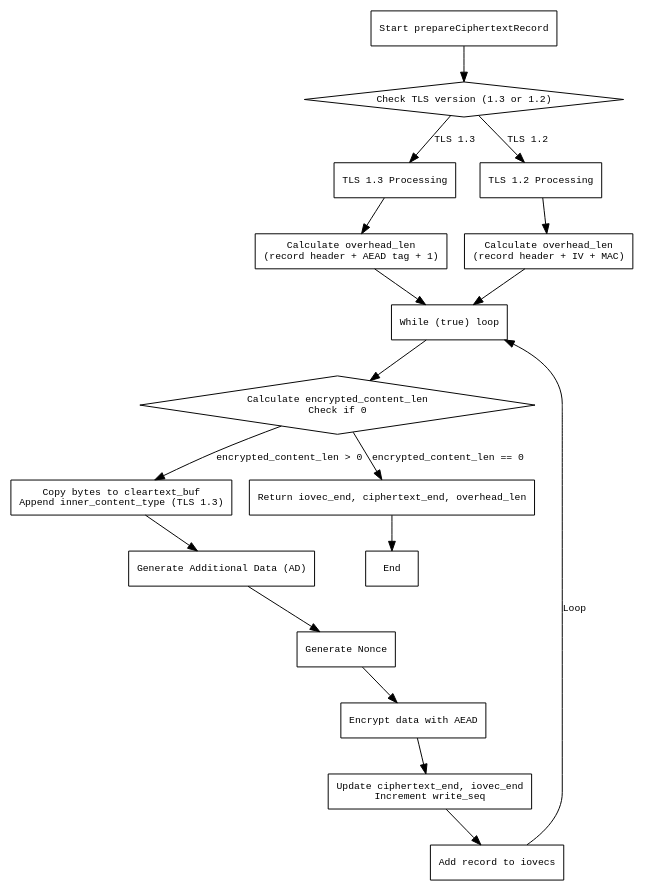
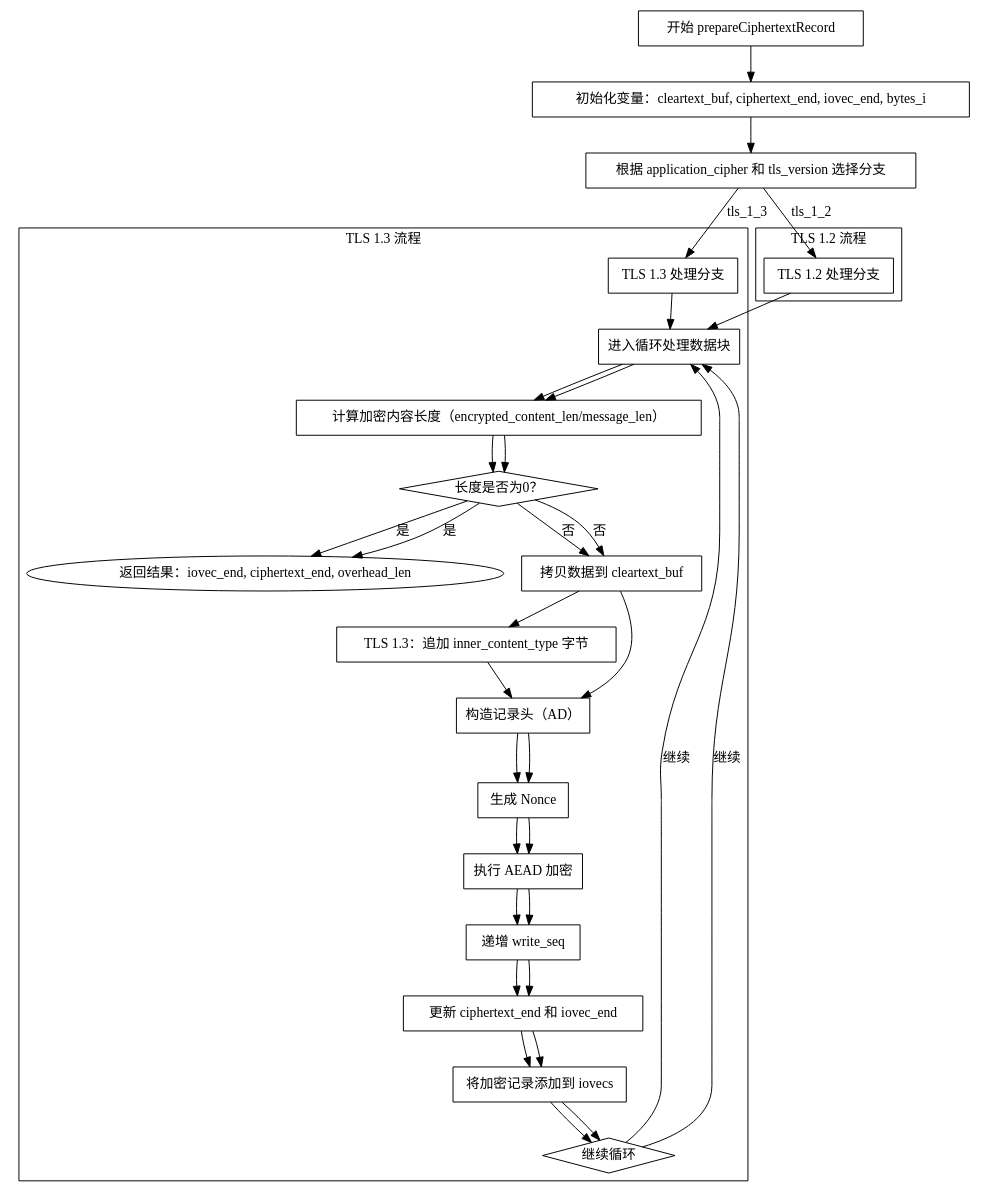
The diagram in dot_std/crypto/tls/Client.zig.prepareCiphertextRecord.md (sdzx-1/deepseek-zig-reader), drawn with Graphviz before and after one commit. The commit also changed other lines of this file and 236 other files, not shown here.

````diff
--- a/dot_std/crypto/tls/Client.zig.prepareCiphertextRecord.md
+++ b/dot_std/crypto/tls/Client.zig.prepareCiphertextRecord.md
@@ -26,46 +19,65 @@
 ```dot
-digraph flowchart {
-    node [shape=rectangle, fontname="Courier", fontsize=10];
-    edge [fontname="Courier", fontsize=10];
+digraph prepareCiphertextRecord {
+    node [shape=rectangle];
+    start [label="开始 prepareCiphertextRecord"];
+    init_vars [label="初始化变量：cleartext_buf, ciphertext_end, iovec_end, bytes_i"];
+    switch_cipher [label="根据 application_cipher 和 tls_version 选择分支"];
+    tls13 [label="TLS 1.3 处理分支"];
+    tls12 [label="TLS 1.2 处理分支"];
+    loop_start [label="进入循环处理数据块"];
+    calc_length [label="计算加密内容长度（encrypted_content_len/message_len）"];
+    check_zero [label="长度是否为0？", shape=diamond];
+    return [label="返回结果：iovec_end, ciphertext_end, overhead_len"];
+    copy_data [label="拷贝数据到 cleartext_buf"];
+    add_inner_type [label="TLS 1.3：追加 inner_content_type 字节"];
+    build_header [label="构造记录头（AD）"];
+    generate_nonce [label="生成 Nonce"];
+    encrypt_data [label="执行 AEAD 加密"];
+    update_seq [label="递增 write_seq"];
+    update_buffers [label="更新 ciphertext_end 和 iovec_end"];
+    add_to_iovec [label="将加密记录添加到 iovecs"];
+    loop_cond [label="继续循环", shape=diamond];
 
-    start [label="Start prepareCiphertextRecord"];
-    check_version [label="Check TLS version (1.3 or 1.2)", shape=diamond];
-    tls13_branch [label="TLS 1.3 Processing"];
-    tls12_branch [label="TLS 1.2 Processing"];
-    calc_overhead [label="Calculate overhead_len\n(record header + AEAD tag + 1)"];
-    calc_overhead_tls12 [label="Calculate overhead_len\n(record header + IV + MAC)"];
-    loop_start [label="While (true) loop"];
-    check_encrypted_len [label="Calculate encrypted_content_len\nCheck if 0", shape=diamond];
-    copy_cleartext [label="Copy bytes to cleartext_buf\nAppend inner_content_type (TLS 1.3)"];
-    generate_ad [label="Generate Additional Data (AD)"];
-    generate_nonce [label="Generate Nonce"];
-    encrypt_data [label="Encrypt data with AEAD"];
-    update_counters [label="Update ciphertext_end, iovec_end\nIncrement write_seq"];
-    add_to_iovec [label="Add record to iovecs"];
-    loop_end [label="Return iovec_end, ciphertext_end, overhead_len"];
-    end [label="End"];
+    start -> init_vars;
+    init_vars -> switch_cipher;
+    switch_cipher -> tls13 [label="tls_1_3"];
+    switch_cipher -> tls12 [label="tls_1_2"];
 
-    start -> check_version;
-    check_version -> tls13_branch [label="TLS 1.3"];
-    check_version -> tls12_branch [label="TLS 1.2"];
-    
-    tls13_branch -> calc_overhead;
-    calc_overhead -> loop_start;
-    
-    tls12_branch -> calc_overhead_tls12;
-    calc_overhead_tls12 -> loop_start;
-    
-    loop_start -> check_encrypted_len;
-    check_encrypted_len -> loop_end [label="encrypted_content_len == 0"];
-    check_encrypted_len -> copy_cleartext [label="encrypted_content_len > 0"];
-    
-    copy_cleartext -> generate_ad;
-    generate_ad -> generate_nonce;
-    generate_nonce -> encrypt_data;
-    encrypt_data -> update_counters;
-    update_counters -> add_to_iovec;
-    add_to_iovec -> loop_start [label="Loop"];
-    
-    loop_end -> end;
+    subgraph cluster_tls13 {
+        label="TLS 1.3 流程";
+        tls13 -> loop_start;
+        loop_start -> calc_length;
+        calc_length -> check_zero;
+        check_zero -> return [label="是"];
+        check_zero -> copy_data [label="否"];
+        copy_data -> add_inner_type;
+        add_inner_type -> build_header;
+        build_header -> generate_nonce;
+        generate_nonce -> encrypt_data;
+        encrypt_data -> update_seq;
+        update_seq -> update_buffers;
+        update_buffers -> add_to_iovec;
+        add_to_iovec -> loop_cond;
+        loop_cond -> loop_start [label="继续"];
+    }
+
+    subgraph cluster_tls12 {
+        label="TLS 1.2 流程";
+        tls12 -> loop_start;
+        loop_start -> calc_length;
+        calc_length -> check_zero;
+        check_zero -> return [label="是"];
+        check_zero -> copy_data [label="否"];
+        copy_data -> build_header;
+        build_header -> generate_nonce;
+        generate_nonce -> encrypt_data;
+        encrypt_data -> update_seq;
+        update_seq -> update_buffers;
+        update_buffers -> add_to_iovec;
+        add_to_iovec -> loop_cond;
+        loop_cond -> loop_start [label="继续"];
+    }
+
+    return [shape=oval];
 }
-``` 
+```
````
